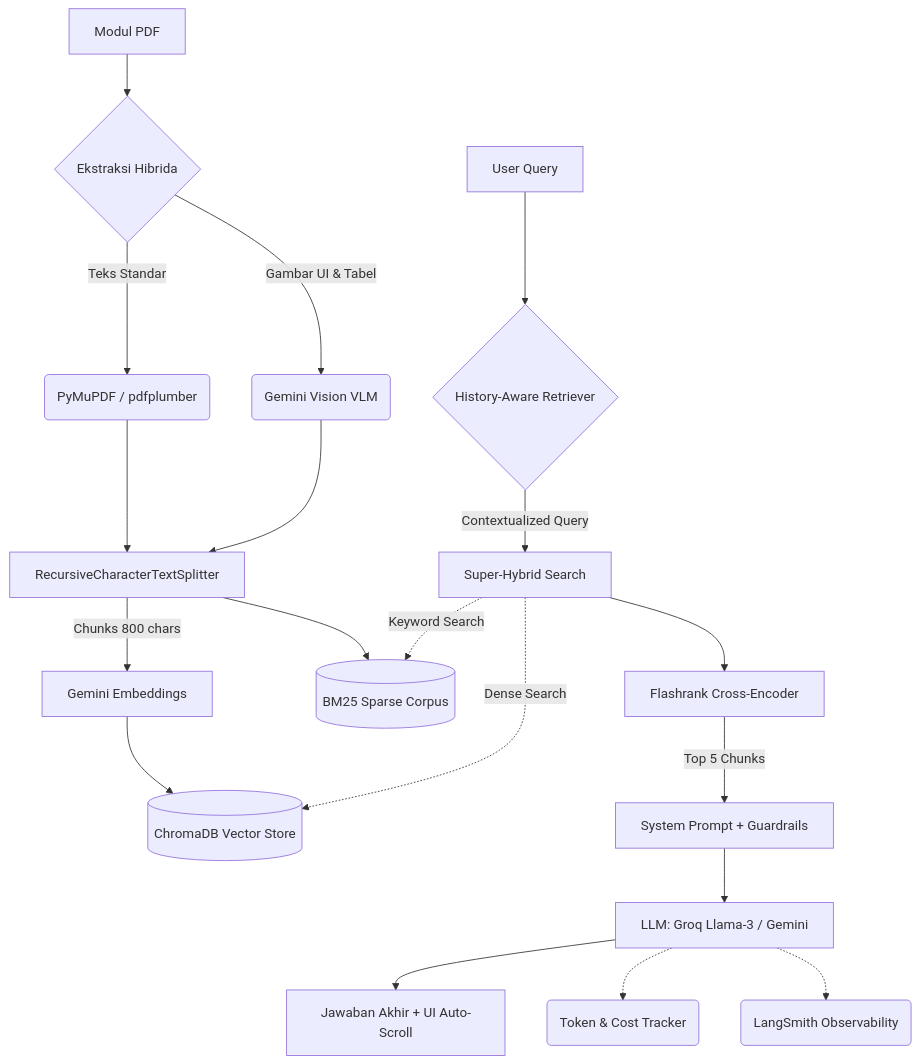
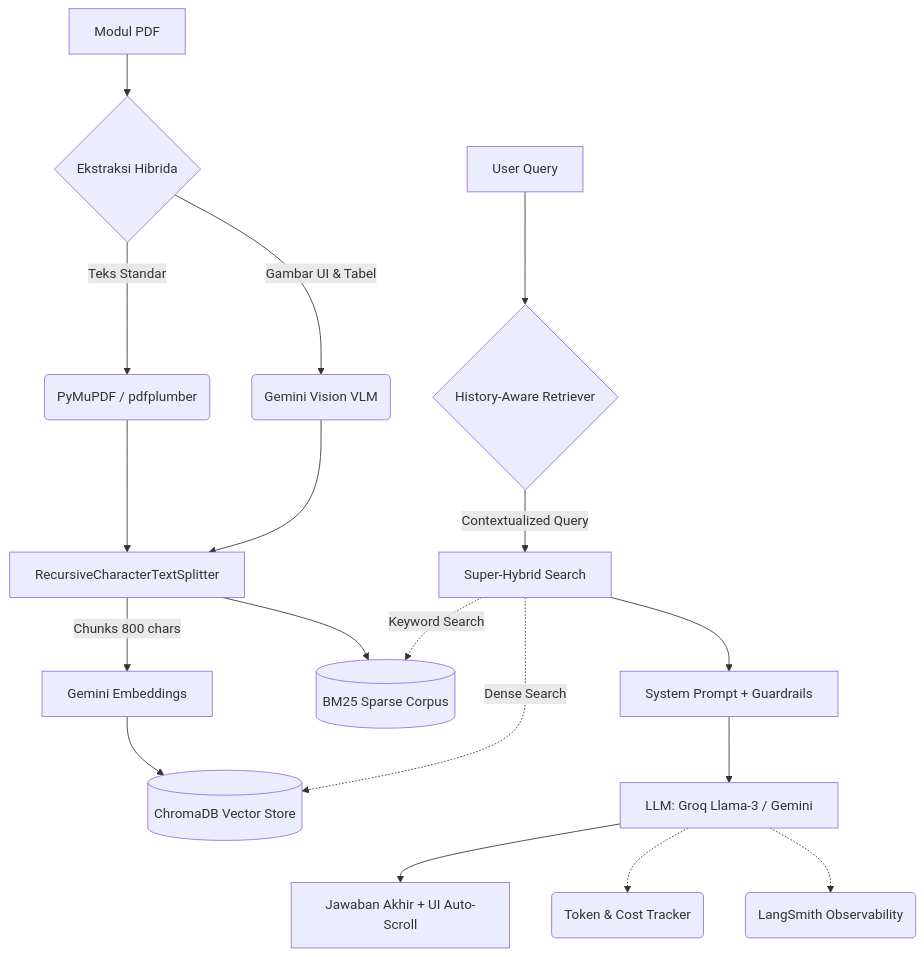
One commit to GDA03/accurate-chatbot changed the diagram in README.md. Above: the diagram before and after it, drawn with Mermaid. The commit also changed other lines of this file and 2 other files, not shown here.

Commit message:
Remove Flashrank to fix Indonesian language retrieval accuracy

````diff
--- a/README.md
+++ b/README.md
@@ -69,23 +69,22 @@
 ```mermaid
 graph TD
     A[Modul PDF] --> B{Ekstraksi Hibrida}
     B -->|Teks Standar| C(PyMuPDF / pdfplumber)
     B -->|Gambar UI & Tabel| D(Gemini Vision VLM)
     C --> E[RecursiveCharacterTextSplitter]
     D --> E
     E -->|Chunks 800 chars| F[Gemini Embeddings]
     F --> G[(ChromaDB Vector Store)]
     E --> H[(BM25 Sparse Corpus)]
     
     I[User Query] --> J{History-Aware Retriever}
     J -->|Contextualized Query| K[Super-Hybrid Search]
     K -.->|Dense Search| G
     K -.->|Keyword Search| H
-    K --> L[Flashrank Cross-Encoder]
-    L -->|Top 5 Chunks| M[System Prompt + Guardrails]
+    K --> M[System Prompt + Guardrails]
     M --> N[LLM: Groq Llama-3 / Gemini]
     N --> O[Jawaban Akhir + UI Auto-Scroll]
     
     N -.-> P(Token & Cost Tracker)
     N -.-> Q(LangSmith Observability)
 ```
````
